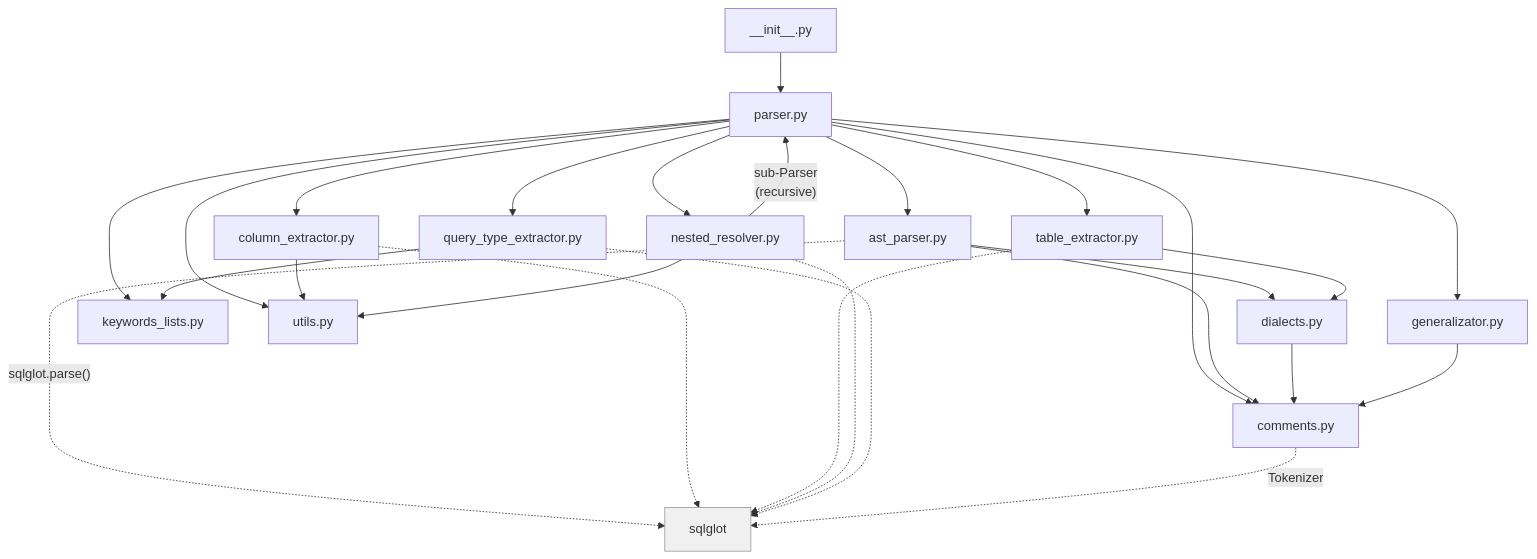
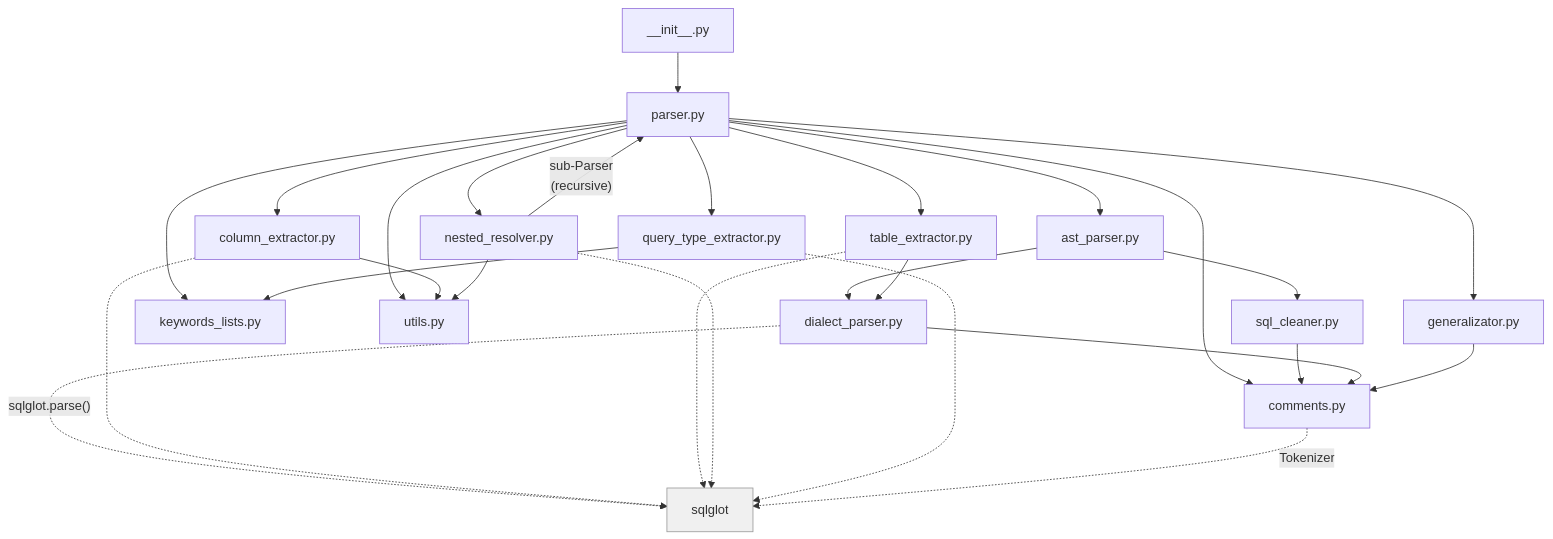
The ninth of 9 diagrams in ARCHITECTURE.md (macbre/sql-metadata), drawn with Mermaid before and after one commit. The commit also changed other lines of this file and 6 other files, not shown here.

Commit message:
refactor other functionalities from ast parser into separate classes

````diff
--- a/ARCHITECTURE.md
+++ b/ARCHITECTURE.md
@@ -514,35 +516,36 @@
 ```mermaid
 flowchart TB
     INIT["__init__.py"]
     INIT --> P["parser.py"]
 
     P --> AST["ast_parser.py"]
     P --> EXT["column_extractor.py"]
     P --> TAB["table_extractor.py"]
     P --> RES["nested_resolver.py"]
     P --> QT["query_type_extractor.py"]
     P --> COM["comments.py"]
     P --> GEN["generalizator.py"]
     P --> KW["keywords_lists.py"]
     P --> UT["utils.py"]
 
-    AST --> COM
-    AST --> DIA["dialects.py"]
-    AST -.->|"sqlglot.parse()"| SG["sqlglot"]
+    AST --> SC["sql_cleaner.py"]
+    AST --> DP["dialect_parser.py"]
 
-    DIA --> COM
-    TAB --> DIA
+    SC --> COM
+    DP --> COM
+    DP -.->|"sqlglot.parse()"| SG["sqlglot"]
+    TAB --> DP
 
     EXT -.-> SG
     EXT --> UT
     TAB -.-> SG
     RES -.-> SG
     RES --> UT
     RES -->|"sub-Parser\n(recursive)"| P
     QT -.-> SG
     QT --> KW
     COM -.->|"Tokenizer"| SG
     GEN --> COM
 
     style SG fill:#f0f0f0,stroke:#999
 ```
````
